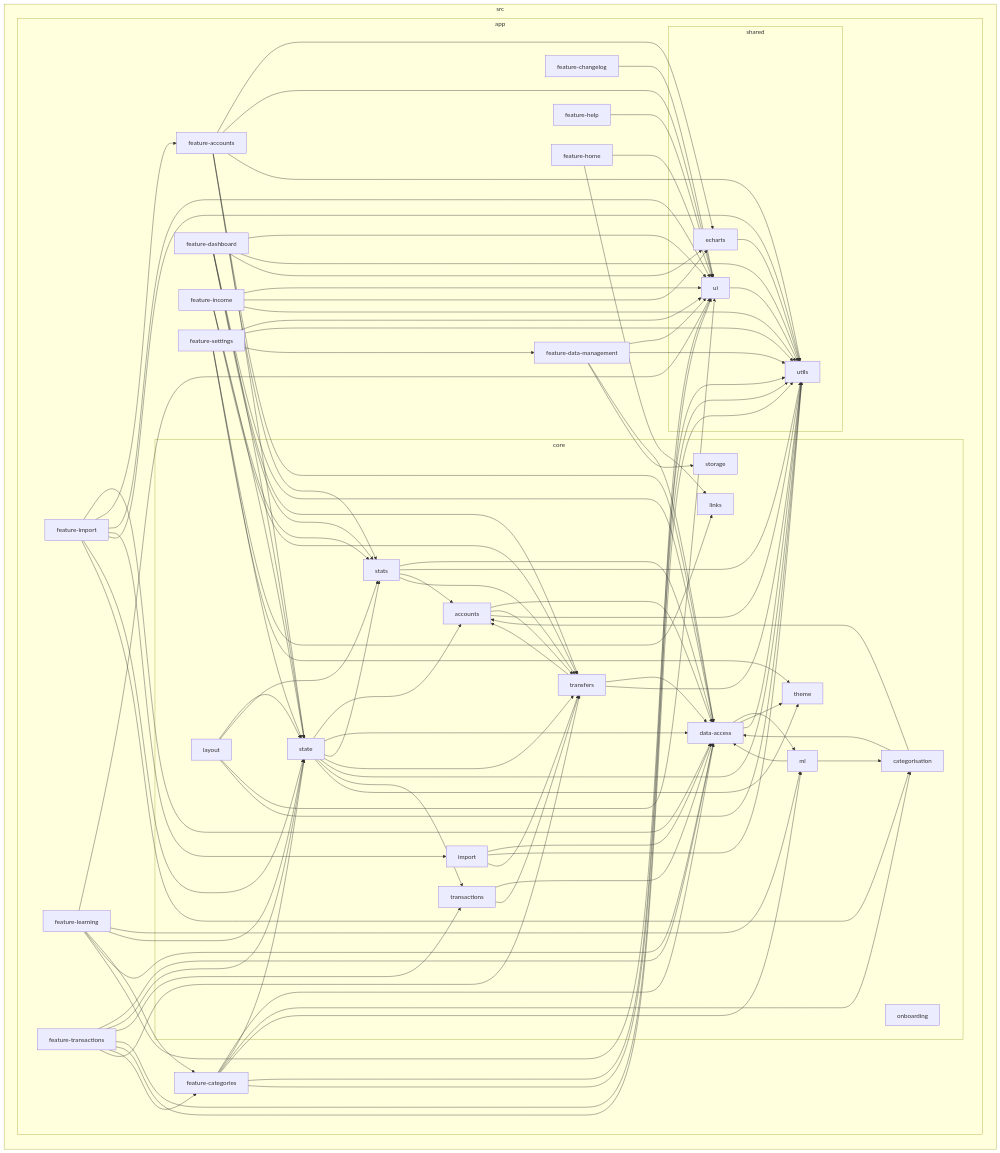
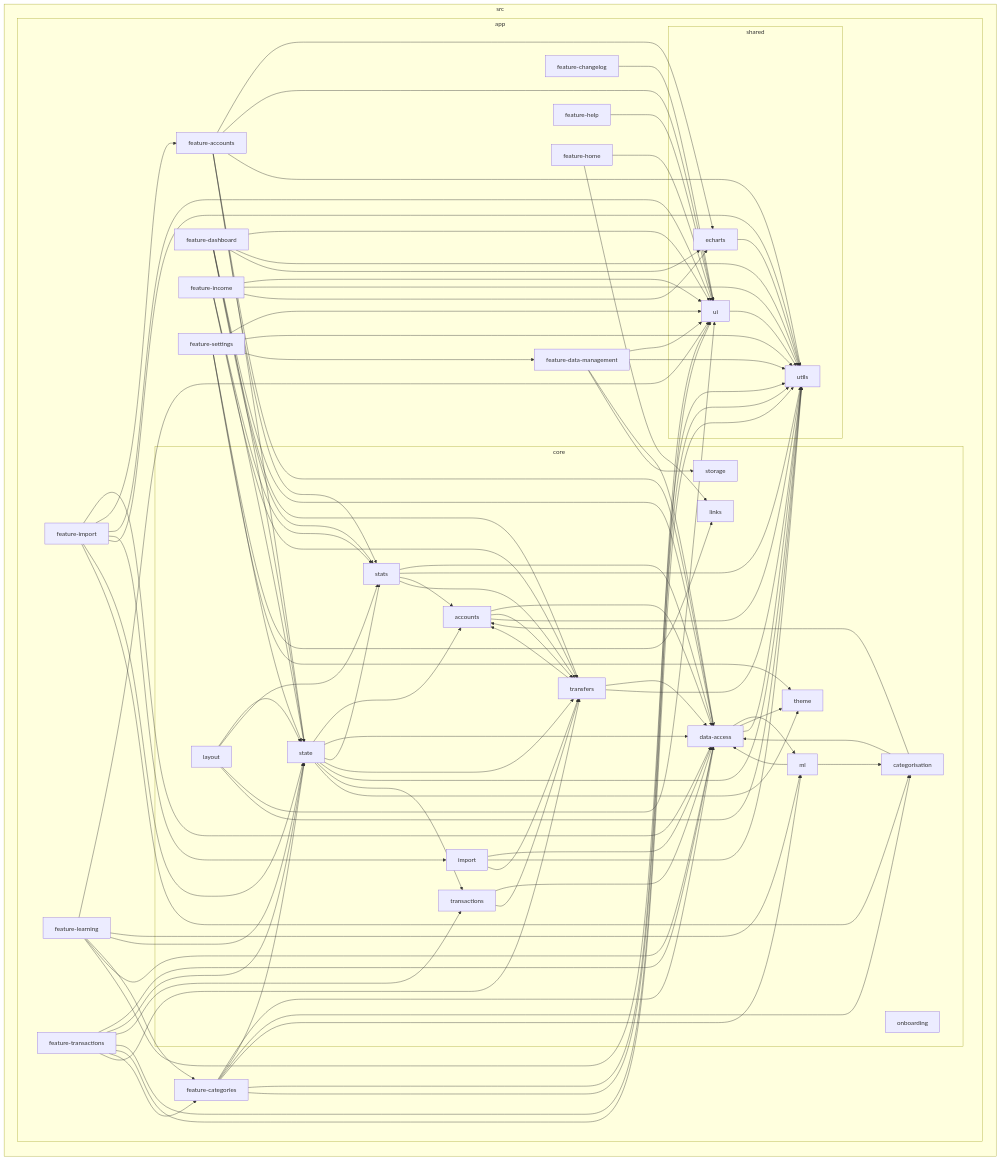
One commit to kevhauma/money-mosaic-v2 changed the diagram in reports/dependency-graph.mmd. Above: the diagram before and after it, drawn with Mermaid. The commit also changed other lines of this file and 32 other files, not shown here.

```diff
--- a/reports/dependency-graph.mmd
+++ b/reports/dependency-graph.mmd
@@ -1,133 +1,133 @@
 flowchart LR
 
 subgraph 0["src"]
 subgraph 1["app"]
 subgraph 2["core"]
 3["accounts"]
 4["categorisation"]
 5["data-access"]
 6["import"]
 7["layout"]
 8["links"]
 9["ml"]
 A["onboarding"]
 B["state"]
 C["stats"]
 D["storage"]
 E["theme"]
 F["transactions"]
 G["transfers"]
 end
 H["feature-accounts"]
 I["feature-categories"]
 J["feature-changelog"]
 K["feature-dashboard"]
 L["feature-data-management"]
 M["feature-help"]
 N["feature-home"]
 O["feature-import"]
 P["feature-income"]
 Q["feature-learning"]
 R["feature-settings"]
 S["feature-transactions"]
 subgraph T["shared"]
 U["echarts"]
 V["ui"]
 W["utils"]
 end
 end
 end
 3-->5
 3-->G
 3-->W
 4-->5
 4-->3
 5-->9
 5-->E
 5-->W
 6-->5
 6-->W
 6-->G
 7-->B
 7-->C
 7-->V
 7-->W
 9-->4
 9-->5
 B-->3
 B-->5
 B-->C
 B-->G
 B-->W
 B-->F
 B-->E
 C-->5
 C-->W
 C-->3
 C-->G
 F-->5
 F-->G
 G-->5
 G-->3
 G-->W
 H-->5
 H-->U
 H-->B
 H-->V
 H-->W
 H-->C
 I-->5
 I-->B
 I-->V
 I-->W
 I-->4
 I-->9
 J-->V
 K-->5
 K-->B
 K-->V
 K-->W
 K-->G
 K-->C
 K-->U
 L-->5
 L-->D
 L-->V
 L-->W
 M-->V
 N-->8
 N-->V
 O-->5
 O-->H
 O-->V
 O-->6
 O-->W
 O-->B
 O-->4
+P-->C
 P-->V
+P-->W
 P-->B
-P-->C
 P-->G
 P-->U
-P-->W
 Q-->V
 Q-->9
 Q-->B
 Q-->I
 Q-->5
 Q-->W
 R-->V
 R-->8
 R-->B
 R-->W
 R-->L
 R-->E
 S-->5
 S-->B
 S-->F
 S-->V
 S-->W
 S-->I
 S-->G
 U-->W
 V-->W
```
